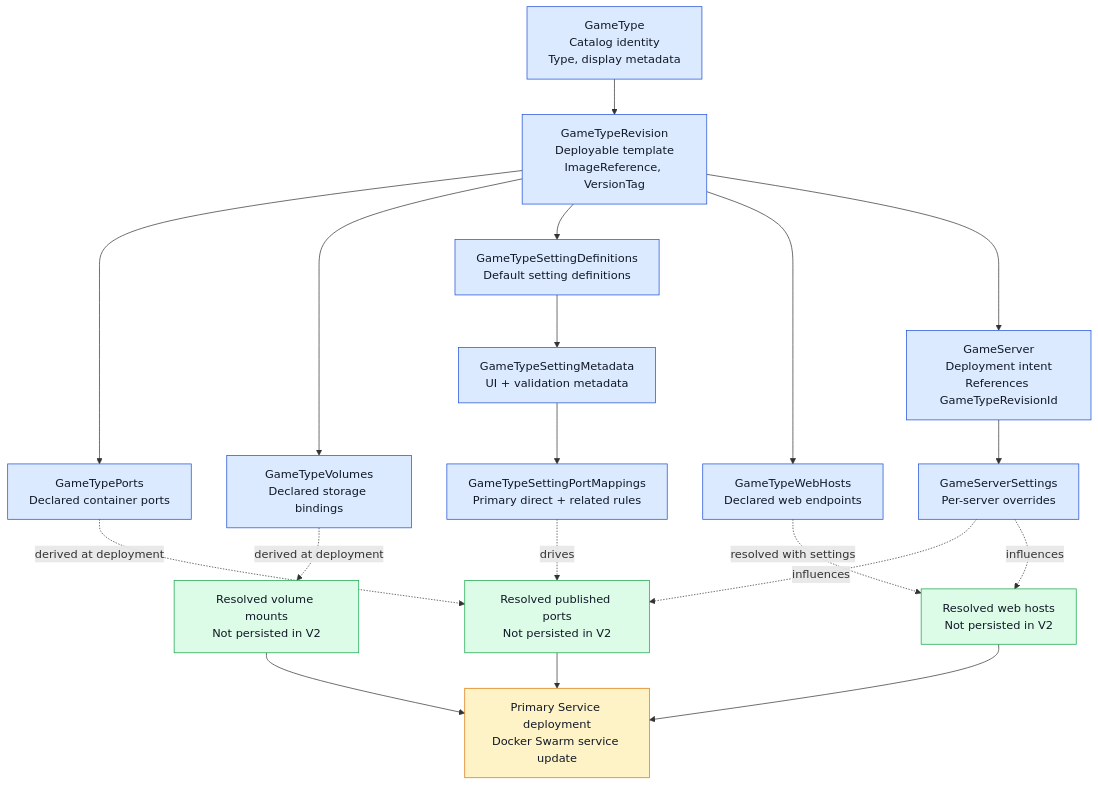
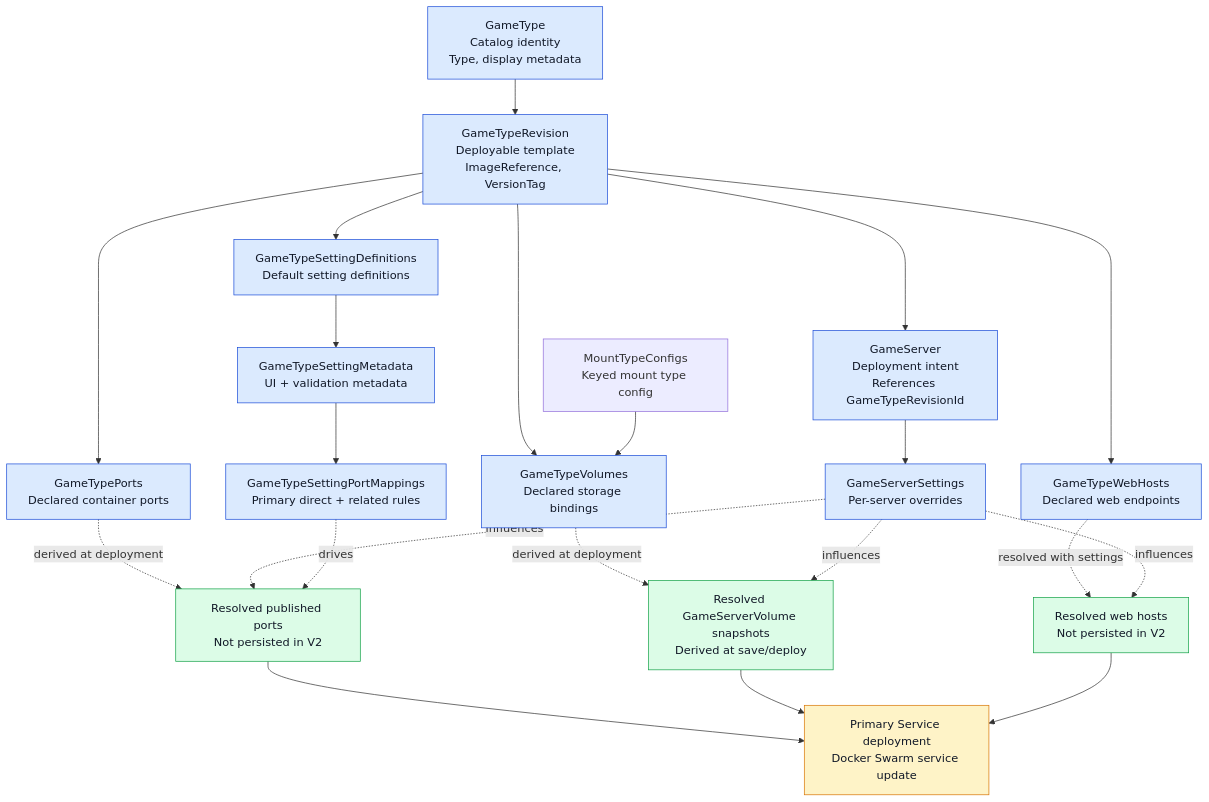
Before and after one commit to mbulava-org/GameServer.GUI: the second of 2 diagrams in docs/reference/V2-Database-Diagram.md, drawn with Mermaid. The commit also changed other lines of this file and 103 other files, not shown here.

````diff
--- a/docs/reference/V2-Database-Diagram.md
+++ b/docs/reference/V2-Database-Diagram.md
@@ -141,34 +189,37 @@
 ```mermaid
 flowchart TD
     GT[GameType<br/>Catalog identity<br/>Type, display metadata] --> REV[GameTypeRevision<br/>Deployable template<br/>ImageReference, VersionTag]
 
     REV --> PORTS[GameTypePorts<br/>Declared container ports]
     REV --> VOLUMES[GameTypeVolumes<br/>Declared storage bindings]
     REV --> SETTINGS[GameTypeSettingDefinitions<br/>Default setting definitions]
     REV --> WEBHOSTS[GameTypeWebHosts<br/>Declared web endpoints]
 
     SETTINGS --> META[GameTypeSettingMetadata<br/>UI + validation metadata]
     META --> PMAPS[GameTypeSettingPortMappings<br/>Primary direct + related rules]
 
     REV --> GS[GameServer<br/>Deployment intent<br/>References GameTypeRevisionId]
     GS --> GSS[GameServerSettings<br/>Per-server overrides]
 
+    MTC[MountTypeConfigs<br/>Keyed mount type config] --> VOLUMES
+
     PORTS -. derived at deployment .-> RESOLVEDPORTS[Resolved published ports<br/>Not persisted in V2]
-    VOLUMES -. derived at deployment .-> RESOLVEDVOLUMES[Resolved volume mounts<br/>Not persisted in V2]
+    VOLUMES -. derived at deployment .-> RESOLVEDVOLUMES[Resolved GameServerVolume snapshots<br/>Derived at save/deploy]
     WEBHOSTS -. resolved with settings .-> RESOLVEDWEB[Resolved web hosts<br/>Not persisted in V2]
     GSS -. influences .-> RESOLVEDPORTS
+    GSS -. influences .-> RESOLVEDVOLUMES
     GSS -. influences .-> RESOLVEDWEB
     PMAPS -. drives .-> RESOLVEDPORTS
 
     RESOLVEDPORTS --> SWARM[Primary Service deployment<br/>Docker Swarm service update]
     RESOLVEDVOLUMES --> SWARM
     RESOLVEDWEB --> SWARM
 
-    class GT,REV,PORTS,VOLUMES,SETTINGS,WEBHOSTS,META,PMAPS,GS,GSS persisted
+    class GT,REV,PORTS,VOLUMES,SETTINGS,WEBHOSTS,META,PMAPS,GS,GSS,VOLUMECONFIG persisted
     class RESOLVEDPORTS,RESOLVEDVOLUMES,RESOLVEDWEB derived
     class SWARM deployment
 
     classDef persisted fill:#dbeafe,stroke:#1d4ed8,stroke-width:1px,color:#111827
     classDef derived fill:#dcfce7,stroke:#16a34a,stroke-width:1px,color:#111827
     classDef deployment fill:#fef3c7,stroke:#d97706,stroke-width:1px,color:#111827
 ```
````
